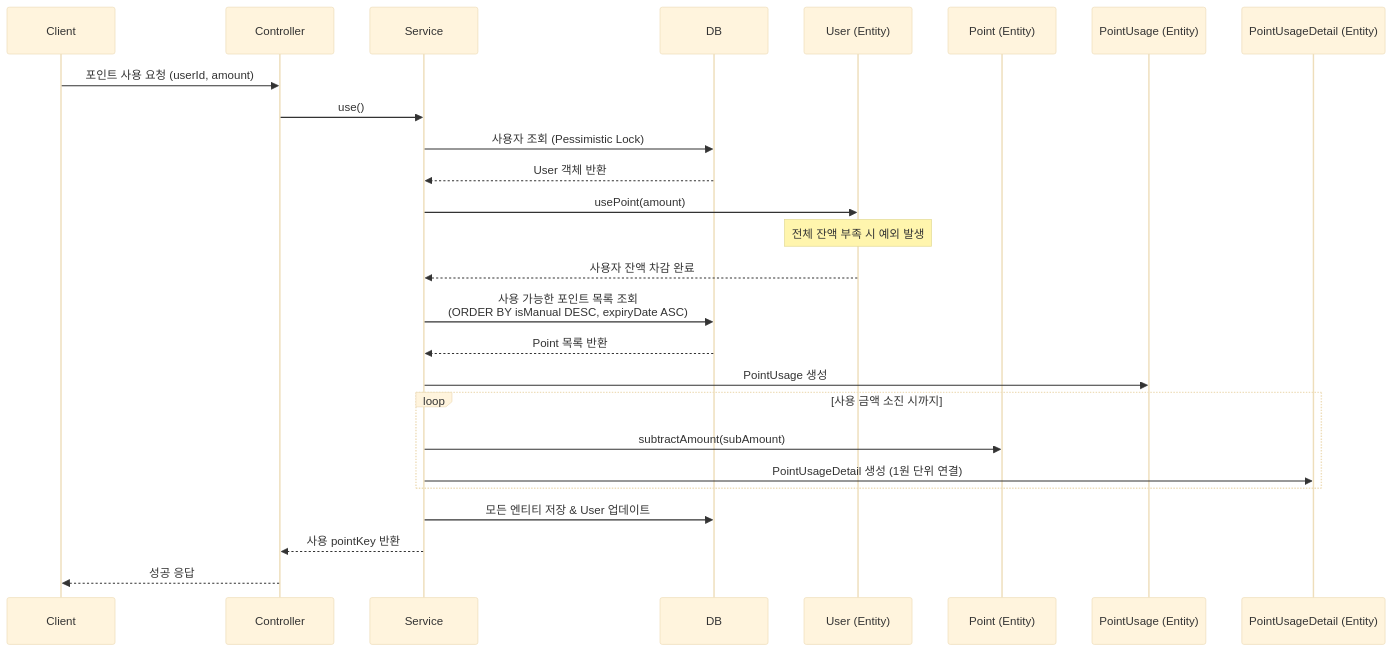
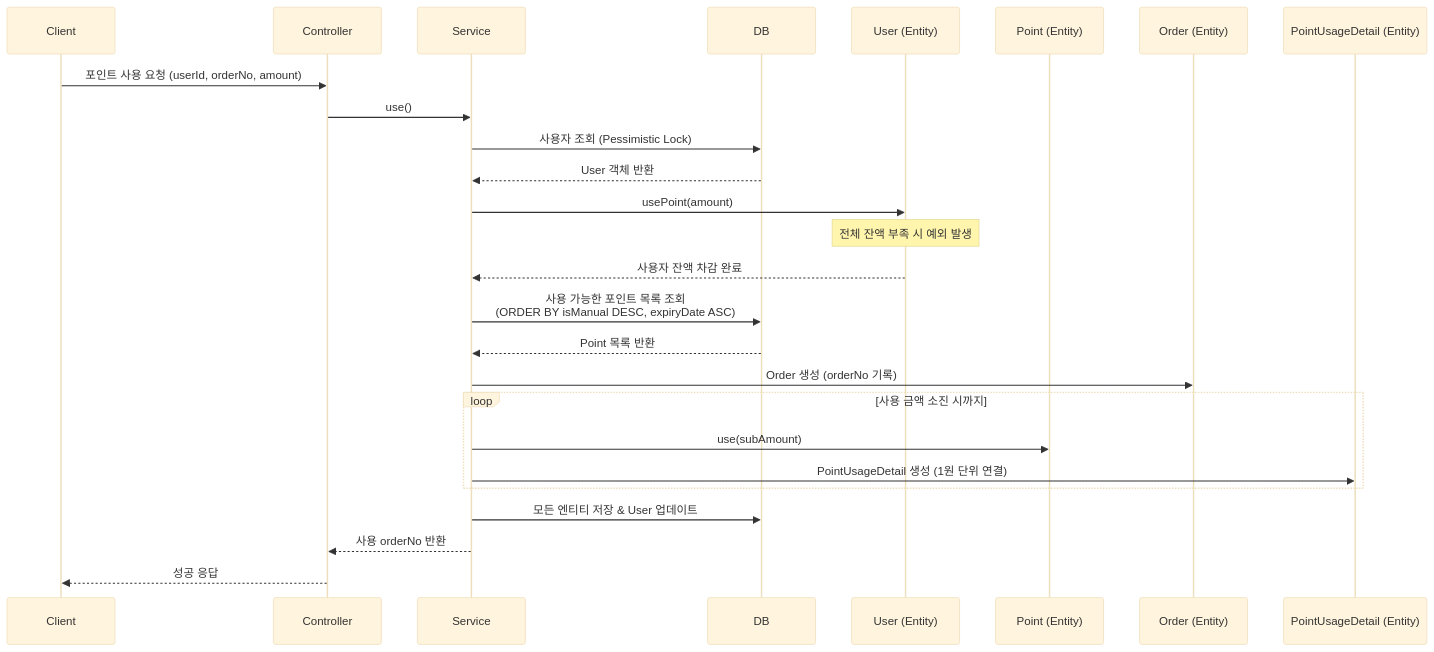
One commit to muzzaiwork/point changed the diagram in docs/api/use.md. Above: the diagram before and after it, drawn with Mermaid (base theme). The commit also changed other lines of this file and 3 other files, not shown here.

Commit message:
Update API documentation to reflect ERD changes and OrderItem removal

````diff
--- a/docs/api/use.md
+++ b/docs/api/use.md
@@ -55,32 +57,32 @@
 ```mermaid
 sequenceDiagram
     participant Client
     participant Controller
     participant Service
     participant DB
     participant UserEntity as User (Entity)
     participant PointEntity as Point (Entity)
-    participant UsageEntity as PointUsage (Entity)
+    participant OrderEntity as Order (Entity)
     participant DetailEntity as PointUsageDetail (Entity)
 
-    Client->>Controller: 포인트 사용 요청 (userId, amount)
+    Client->>Controller: 포인트 사용 요청 (userId, orderNo, amount)
     Controller->>Service: use()
     Service->>DB: 사용자 조회 (Pessimistic Lock)
     DB-->>Service: User 객체 반환
     Service->>UserEntity: usePoint(amount)
     Note over UserEntity: 전체 잔액 부족 시 예외 발생
     UserEntity-->>Service: 사용자 잔액 차감 완료
     
     Service->>DB: 사용 가능한 포인트 목록 조회<br/>(ORDER BY isManual DESC, expiryDate ASC)
     DB-->>Service: Point 목록 반환
     
-    Service->>UsageEntity: PointUsage 생성
+    Service->>OrderEntity: Order 생성 (orderNo 기록)
     loop 사용 금액 소진 시까지
-        Service->>PointEntity: subtractAmount(subAmount)
+        Service->>PointEntity: use(subAmount)
         Service->>DetailEntity: PointUsageDetail 생성 (1원 단위 연결)
     end
     
     Service->>DB: 모든 엔티티 저장 & User 업데이트
-    Service-->>Controller: 사용 pointKey 반환
+    Service-->>Controller: 사용 orderNo 반환
     Controller-->>Client: 성공 응답
 ```
````
